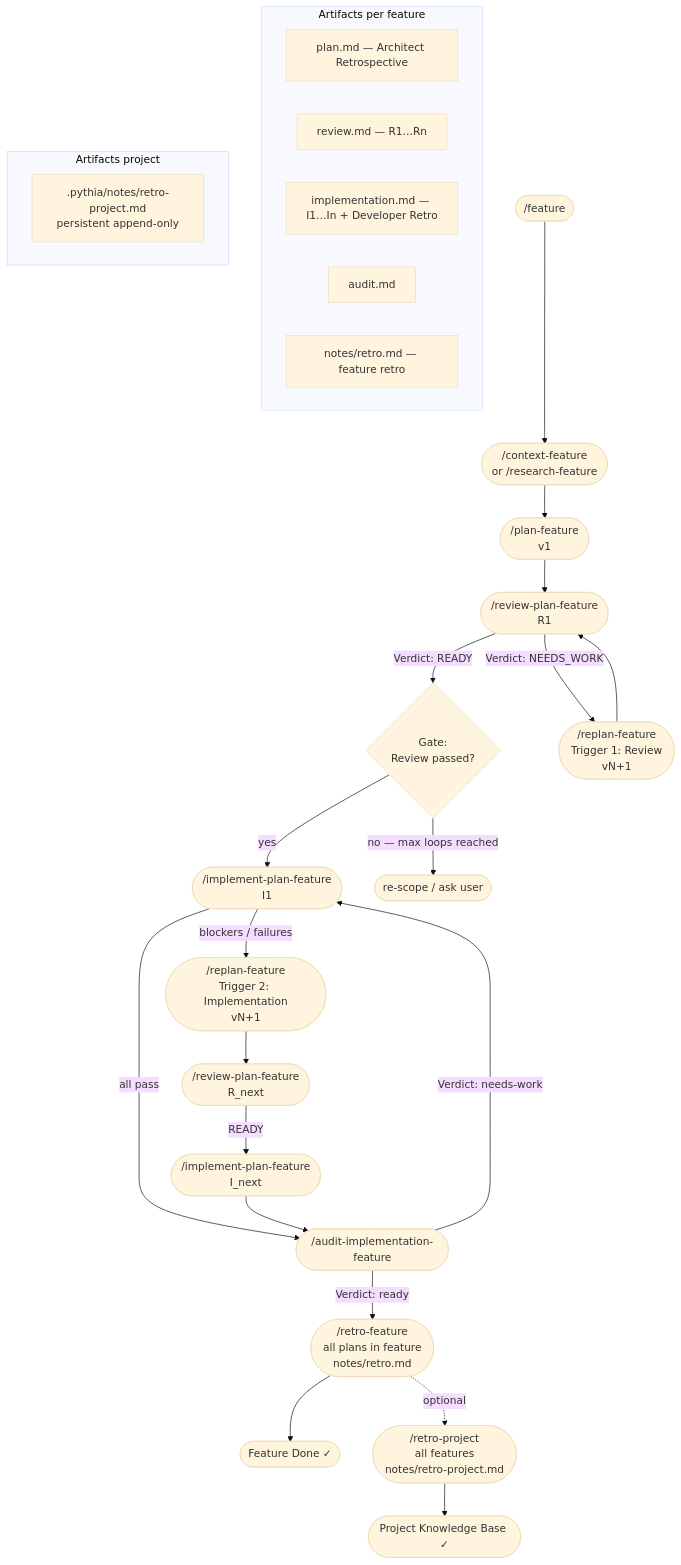
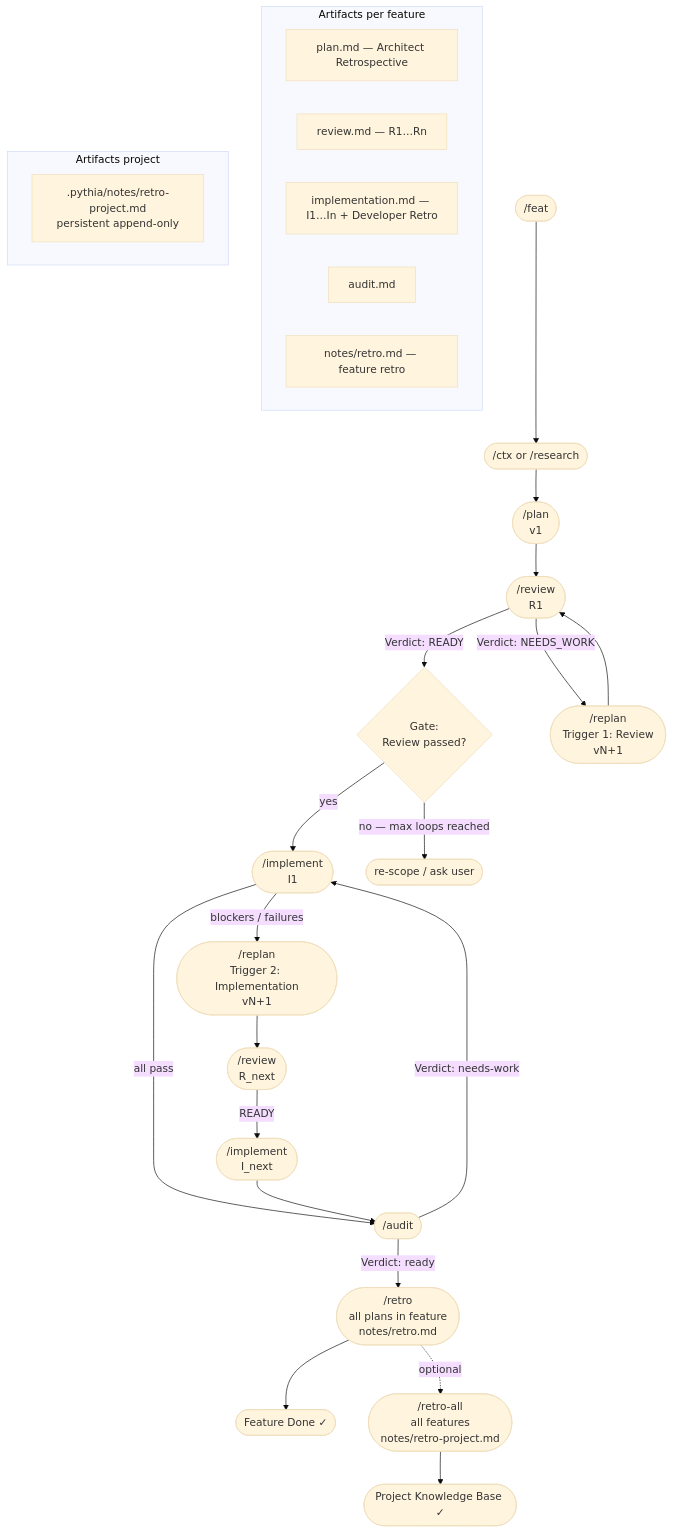
The diagram in .claude/skills/workflow/SKILL.md (matochu/pythia), drawn with Mermaid (base theme) before and after one commit. The commit also changed other lines of this file and 61 other files, not shown here.

````diff
--- a/.claude/skills/workflow/SKILL.md
+++ b/.claude/skills/workflow/SKILL.md
@@ -110,39 +184,39 @@
 ```mermaid
 flowchart TD
-    A([/feature]) --> B([/context-feature\nor /research-feature])
-    B --> C([/plan-feature\nv1])
+    A([/feat]) --> B([/ctx or /research])
+    B --> C([/plan\nv1])
 
-    C --> D([/review-plan-feature\nR1])
+    C --> D([/review\nR1])
 
     D -->|Verdict: READY| E{Gate:\nReview passed?}
-    D -->|Verdict: NEEDS_WORK| F([/replan-feature\nTrigger 1: Review\nvN+1])
+    D -->|Verdict: NEEDS_WORK| F([/replan\nTrigger 1: Review\nvN+1])
     F --> D
 
-    E -->|yes| G([/implement-plan-feature\nI1])
+    E -->|yes| G([/implement\nI1])
     E -->|no — max loops reached| Z([re-scope / ask user])
 
-    G -->|all pass| H([/audit-implementation-feature])
-    G -->|blockers / failures| I([/replan-feature\nTrigger 2: Implementation\nvN+1])
-    I --> D2([/review-plan-feature\nR_next])
-    D2 -->|READY| G2([/implement-plan-feature\nI_next])
+    G -->|all pass| H([/audit])
+    G -->|blockers / failures| I([/replan\nTrigger 2: Implementation\nvN+1])
+    I --> D2([/review\nR_next])
+    D2 -->|READY| G2([/implement\nI_next])
     G2 --> H
 
-    H -->|Verdict: ready| J([/retro-feature\nall plans in feature\nnotes/retro.md])
+    H -->|Verdict: ready| J([/retro\nall plans in feature\nnotes/retro.md])
     H -->|Verdict: needs-work| G
 
     J --> K([Feature Done ✓])
-    J -.->|optional| L([/retro-project\nall features\nnotes/retro-project.md])
+    J -.->|optional| L([/retro-all\nall features\nnotes/retro-project.md])
     L --> M([Project Knowledge Base ✓])
 
     subgraph Artifacts per feature
         P1[plan.md — Architect Retrospective]
         P2[review.md — R1…Rn]
         P3[implementation.md — I1…In + Developer Retro]
         P4[audit.md]
         P5[notes/retro.md — feature retro]
     end
 
     subgraph Artifacts project
         Q1[.pythia/notes/retro-project.md\npersistent append-only]
     end
 ```
````
